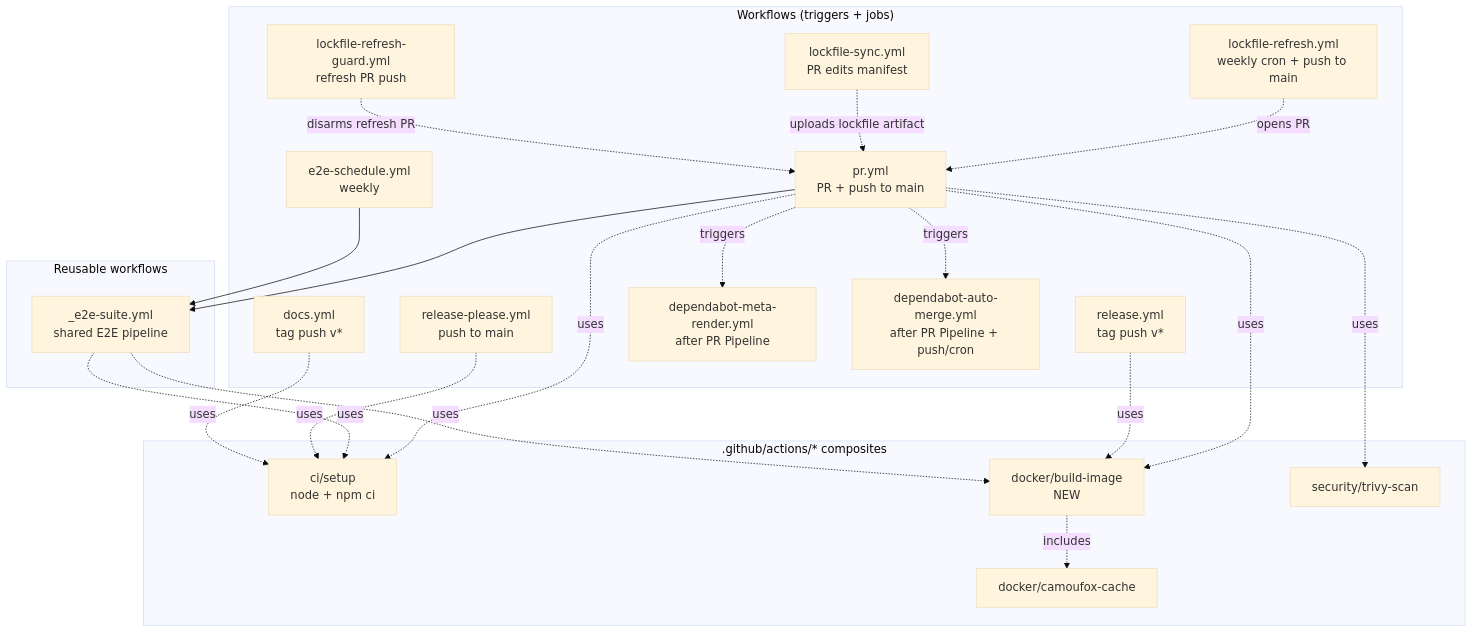
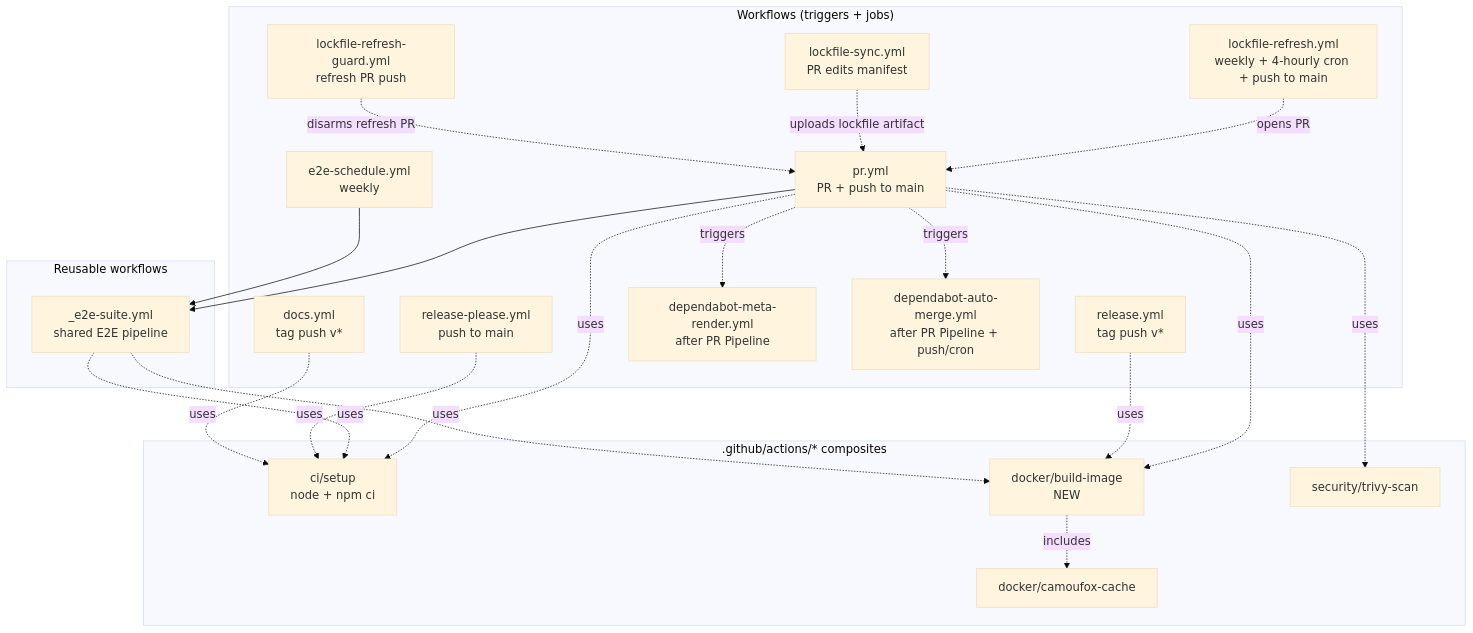
One commit to sergienko4/israeli-bank-scrapers-to-actual-budget changed the first of 2 diagrams in docs/architecture/ci-pipeline.md. Above: the diagram before and after it, drawn with Mermaid (base theme). The commit also changed other lines of this file and 27 other files, not shown here.

````diff
--- a/docs/architecture/ci-pipeline.md
+++ b/docs/architecture/ci-pipeline.md
@@ -20,43 +20,43 @@
 ```mermaid
 graph TD
   subgraph Workflows["Workflows (triggers + jobs)"]
     PR[pr.yml<br/>PR + push to main]
     REL[release.yml<br/>tag push v*]
     SCH[release-please.yml<br/>push to main]
     DOCS[docs.yml<br/>tag push v*]
     E2ES[e2e-schedule.yml<br/>weekly]
-    LFR[lockfile-refresh.yml<br/>weekly cron + push to main]
+    LFR[lockfile-refresh.yml<br/>weekly + 4-hourly cron + push to main]
     DMR[dependabot-meta-render.yml<br/>after PR Pipeline]
     DAM[dependabot-auto-merge.yml<br/>after PR Pipeline + push/cron]
     LFS[lockfile-sync.yml<br/>PR edits manifest]
     LFG[lockfile-refresh-guard.yml<br/>refresh PR push]
   end
 
   subgraph Reusable["Reusable workflows"]
     E2E[_e2e-suite.yml<br/>shared E2E pipeline]
   end
 
   subgraph Composites[".github/actions/* composites"]
     SETUP[ci/setup<br/>node + npm ci]
     CAM[docker/camoufox-cache]
     BUILD[docker/build-image<br/>NEW]
     TRIVY[security/trivy-scan]
   end
 
   PR --> E2E
   PR -.triggers.-> DMR
   PR -.triggers.-> DAM
   E2ES --> E2E
   LFR -.opens PR.-> PR
   LFS -.uploads lockfile artifact.-> PR
   LFG -.disarms refresh PR.-> PR
   PR -.uses.-> SETUP
   PR -.uses.-> BUILD
   PR -.uses.-> TRIVY
   REL -.uses.-> BUILD
   E2E -.uses.-> SETUP
   E2E -.uses.-> BUILD
   SCH -.uses.-> SETUP
   DOCS -.uses.-> SETUP
   BUILD -.includes.-> CAM
 ```
````
